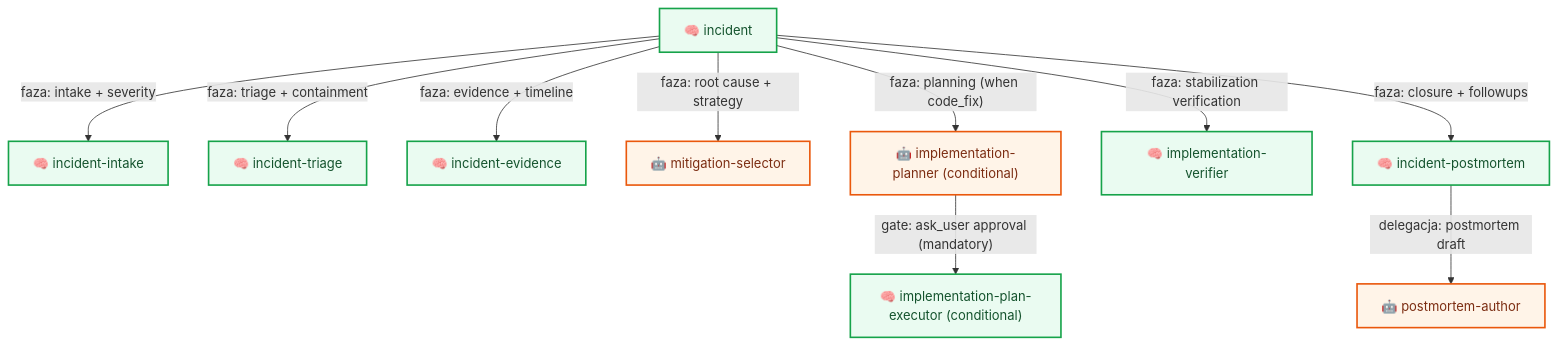
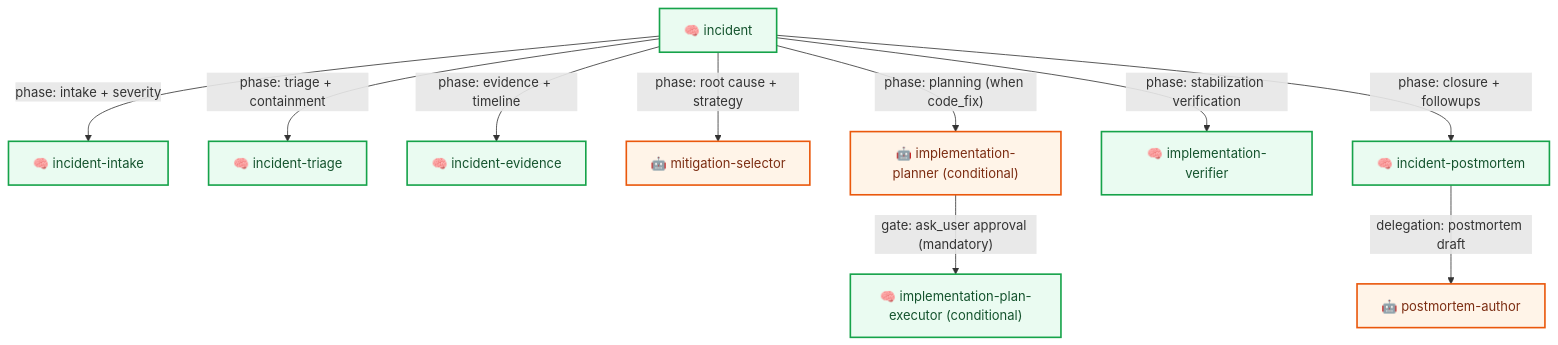
One commit to plucins/flowbit changed the eighth of 11 diagrams in docs/flow/workflows.md. Above: the diagram before and after it, drawn with Mermaid. The commit also changed other lines of this file and 11 other files, not shown here.

````diff
--- a/docs/flow/workflows.md
+++ b/docs/flow/workflows.md
@@ -209,17 +209,17 @@
 ```mermaid
 graph TD
-  INC2["🧠 incident"] -- "faza: intake + severity" --> INTAKE_I["🧠 incident-intake"]
-  INC2 -- "faza: triage + containment" --> TRIAGE_I["🧠 incident-triage"]
-  INC2 -- "faza: evidence + timeline" --> EVID_I["🧠 incident-evidence"]
-  INC2 -- "faza: root cause + strategy" --> MITSEL_I["🤖 mitigation-selector"]
-  INC2 -- "faza: planning (when code_fix)" --> PLAN_I["🤖 implementation-planner (conditional)"]
+  INC2["🧠 incident"] -- "phase: intake + severity" --> INTAKE_I["🧠 incident-intake"]
+  INC2 -- "phase: triage + containment" --> TRIAGE_I["🧠 incident-triage"]
+  INC2 -- "phase: evidence + timeline" --> EVID_I["🧠 incident-evidence"]
+  INC2 -- "phase: root cause + strategy" --> MITSEL_I["🤖 mitigation-selector"]
+  INC2 -- "phase: planning (when code_fix)" --> PLAN_I["🤖 implementation-planner (conditional)"]
   PLAN_I -- "gate: ask_user approval (mandatory)" --> EXEC_I["🧠 implementation-plan-executor (conditional)"]
-  INC2 -- "faza: stabilization verification" --> VER_I["🧠 implementation-verifier"]
-  INC2 -- "faza: closure + followups" --> POST_I["🧠 incident-postmortem"]
-  POST_I -- "delegacja: postmortem draft" --> PM_A["🤖 postmortem-author"]
+  INC2 -- "phase: stabilization verification" --> VER_I["🧠 implementation-verifier"]
+  INC2 -- "phase: closure + followups" --> POST_I["🧠 incident-postmortem"]
+  POST_I -- "delegation: postmortem draft" --> PM_A["🤖 postmortem-author"]
 
   classDef skill fill:#EAFBF1,stroke:#16A34A,stroke-width:2px,color:#14532D;
   classDef agent fill:#FFF4E8,stroke:#EA580C,stroke-width:2px,color:#7C2D12;
   class INC2,INTAKE_I,TRIAGE_I,EVID_I,EXEC_I,VER_I,POST_I skill;
   class MITSEL_I,PLAN_I,PM_A agent;
 ```
````
